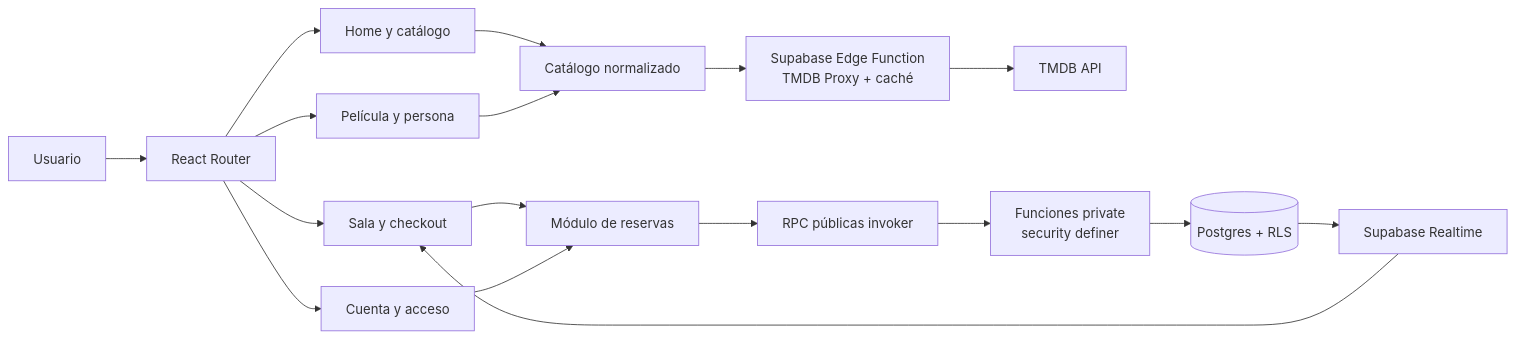
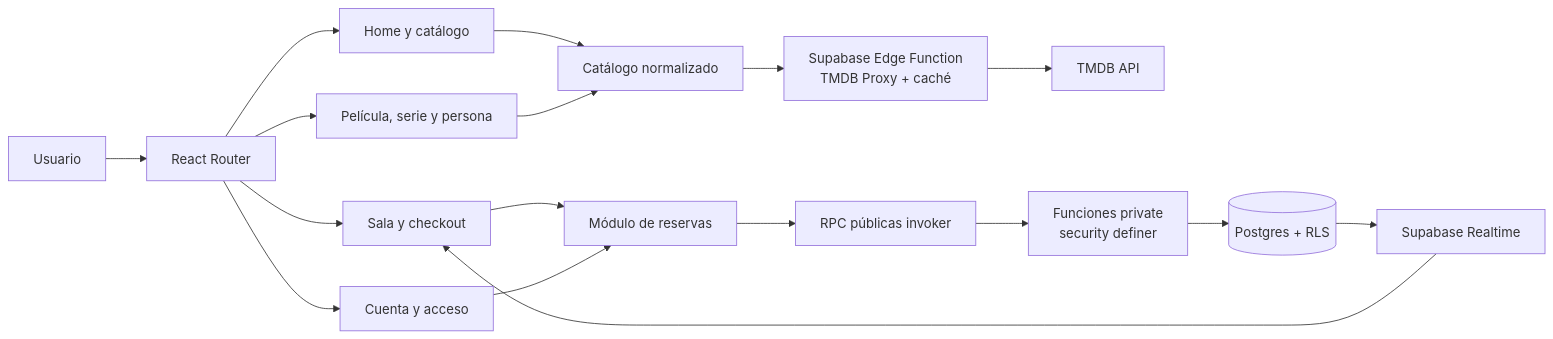
Before and after one commit to DEIMER-PY/cine-animations: the first of 2 diagrams in README.md, drawn with Mermaid. The commit also changed other lines of this file and 38 other files, not shown here.

Commit message:
docs: publish architecture screenshots and develop workflow

````diff
--- a/README.md
+++ b/README.md
@@ -64,19 +114,19 @@
 ```mermaid
 flowchart LR
   U[Usuario] --> R[React Router]
   R --> H[Home y catálogo]
-  R --> D[Película y persona]
+  R --> D[Película, serie y persona]
   R --> S[Sala y checkout]
   R --> A[Cuenta y acceso]
   H --> C[Catálogo normalizado]
   D --> C
   C --> P[Supabase Edge Function\nTMDB Proxy + caché]
   P --> T[TMDB API]
   S --> B[Módulo de reservas]
   A --> B
   B --> Q[RPC públicas invoker]
   Q --> X[Funciones private\nsecurity definer]
   X --> DB[(Postgres + RLS)]
   DB --> RT[Supabase Realtime]
   RT --> S
 ```
````
